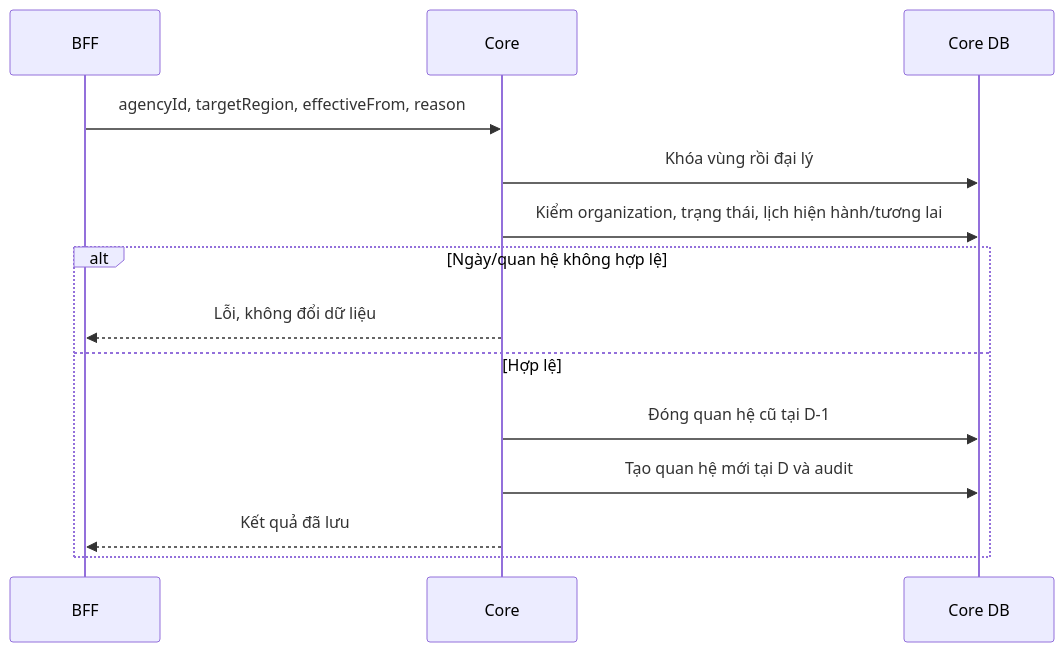
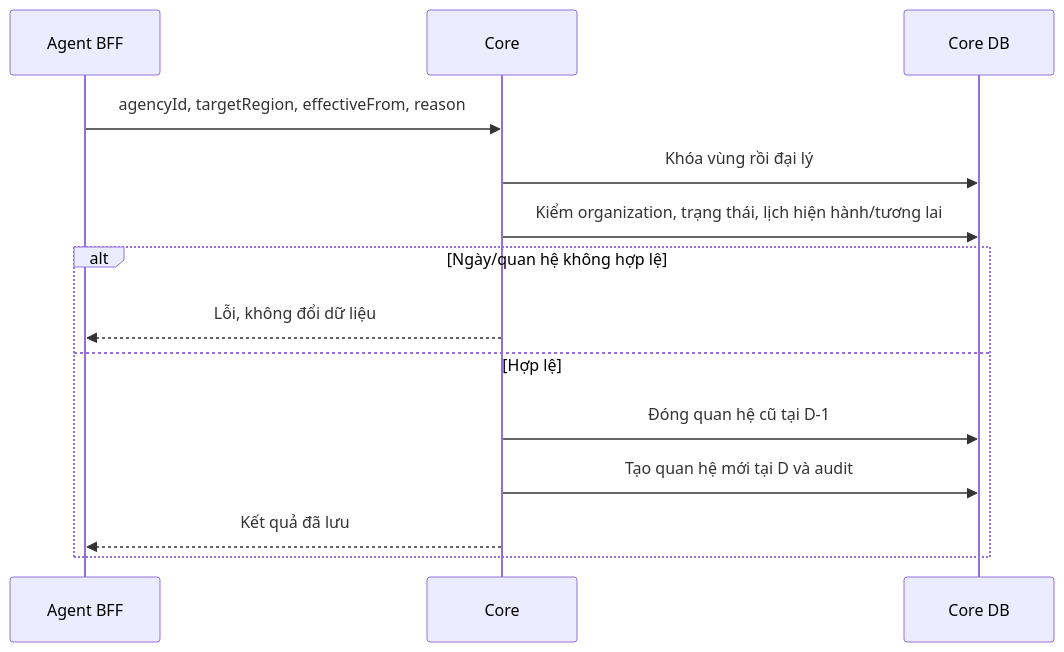
Before and after one commit to huynv-xyz/vhm-tdd: the diagram in cobroker/diagrams/cobroker-11.mmd, drawn with Mermaid. The commit also changed 10 other files, not shown here.

Commit message:
docs: identify Agent BFF as the single BFF

```diff
--- a/cobroker/diagrams/cobroker-11.mmd
+++ b/cobroker/diagrams/cobroker-11.mmd
@@ -1,14 +1,14 @@
 sequenceDiagram
-    participant B as BFF
+    participant B as Agent BFF
     participant C as Core
     participant D as Core DB
     B->>C: agencyId, targetRegion, effectiveFrom, reason
     C->>D: Khóa vùng rồi đại lý
     C->>D: Kiểm organization, trạng thái, lịch hiện hành/tương lai
     alt Ngày/quan hệ không hợp lệ
         C-->>B: Lỗi, không đổi dữ liệu
     else Hợp lệ
         C->>D: Đóng quan hệ cũ tại D-1
         C->>D: Tạo quan hệ mới tại D và audit
         C-->>B: Kết quả đã lưu
     end
```
